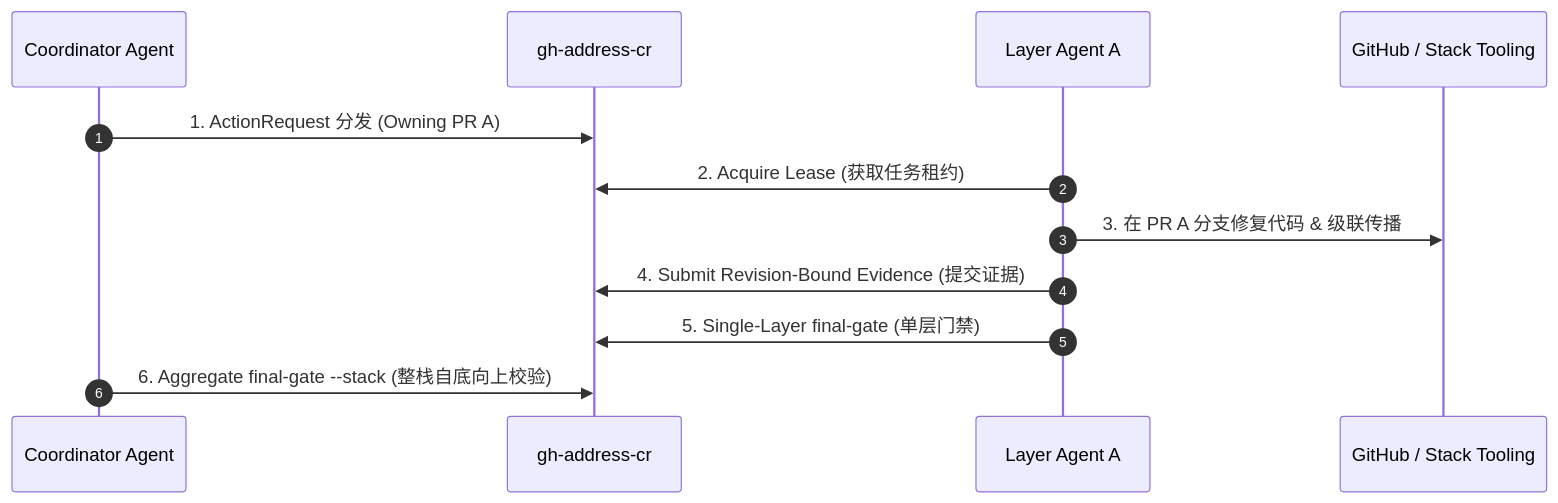
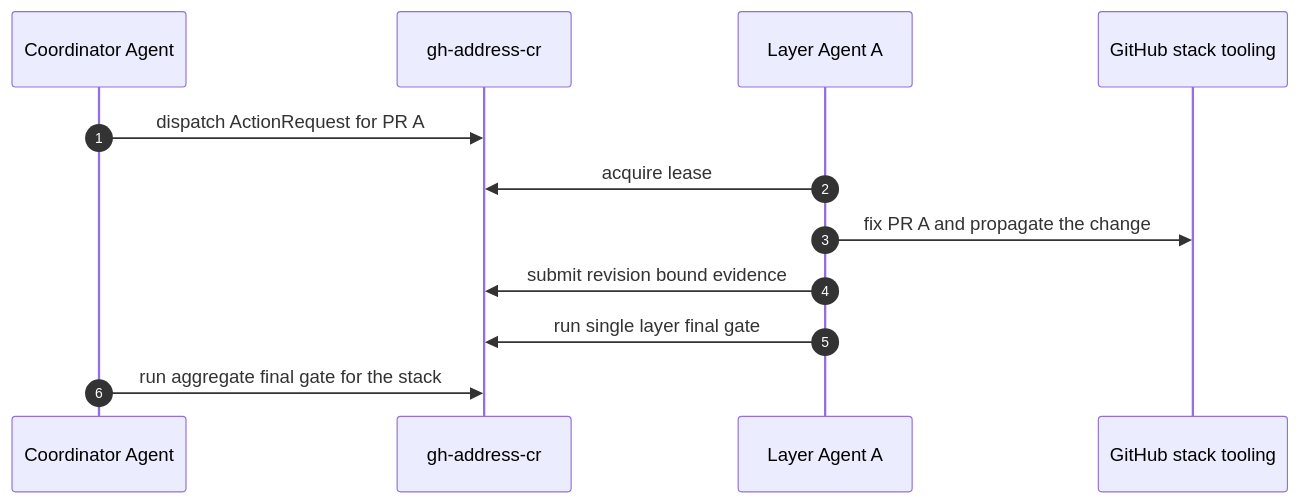
One commit to RbBtSn0w/rbbtsn0w.github.io changed the third of 4 diagrams in _posts/2026-08-02-gh-address-cr-stacked-prs.md. Above: the diagram before and after it, drawn with Mermaid. The commit also changed other lines of this file, not shown here.

Commit message:
docs: update GitHub address for stacked pull requests blog post

````diff
--- a/_posts/2026-08-02-gh-address-cr-stacked-prs.md
+++ b/_posts/2026-08-02-gh-address-cr-stacked-prs.md
@@ -131,15 +134,15 @@
 ```mermaid
 sequenceDiagram
     autonumber
     participant Coord as Coordinator Agent
     participant Runtime as gh-address-cr
     participant Fixer as Layer Agent A
-    participant GitHub as GitHub / Stack Tooling
+    participant GitHub as GitHub stack tooling
 
-    Coord->>Runtime: 1. ActionRequest 分发 (Owning PR A)
-    Fixer->>Runtime: 2. Acquire Lease (获取任务租约)
-    Fixer->>GitHub: 3. 在 PR A 分支修复代码 & 级联传播
-    Fixer->>Runtime: 4. Submit Revision-Bound Evidence (提交证据)
-    Fixer->>Runtime: 5. Single-Layer final-gate (单层门禁)
-    Coord->>Runtime: 6. Aggregate final-gate --stack (整栈自底向上校验)
+    Coord->>Runtime: dispatch ActionRequest for PR A
+    Fixer->>Runtime: acquire lease
+    Fixer->>GitHub: fix PR A and propagate the change
+    Fixer->>Runtime: submit revision bound evidence
+    Fixer->>Runtime: run single layer final gate
+    Coord->>Runtime: run aggregate final gate for the stack
 ```
````
